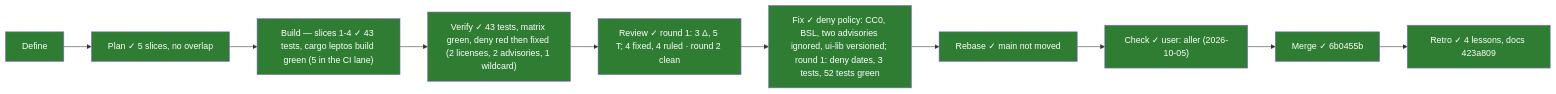
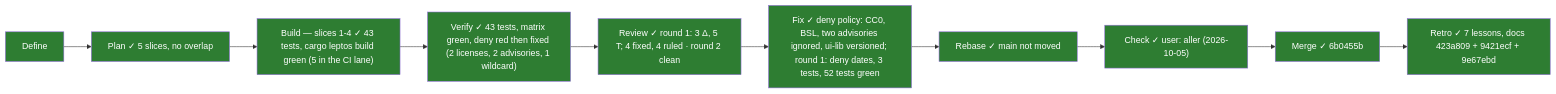
One commit to PaliCanon/learn-pali changed the first of 2 diagrams in .task/001-site-structure.md. Above: the diagram before and after it, drawn with Mermaid. The commit also changed other lines of this file, not shown here.

Commit message:
chore(task): 001 retro — one section for the two sessions' closures

````diff
--- a/.task/001-site-structure.md
+++ b/.task/001-site-structure.md
@@ -7,8 +7,8 @@
 ```mermaid
 flowchart LR
-  Define:::done --> Plan["Plan ✓ 5 slices, no overlap"]:::done --> Build["Build — slices 1-4 ✓ 43 tests, cargo leptos build green (5 in the CI lane)"]:::done --> Verify["Verify ✓ 43 tests, matrix green, deny red then fixed (2 licenses, 2 advisories, 1 wildcard)"]:::done --> Review["Review ✓ round 1: 3 Δ, 5 T; 4 fixed, 4 ruled · round 2 clean"]:::done --> Fix["Fix ✓ deny policy: CC0, BSL, two advisories ignored, ui-lib versioned; round 1: deny dates, 3 tests, 52 tests green"]:::done --> Rebase["Rebase ✓ main not moved"]:::done --> Check["Check ✓ user: aller (2026-10-05)"]:::done --> Merge["Merge ✓ 6b0455b"]:::done --> Retro["Retro ✓ 4 lessons, docs 423a809"]:::done
+  Define:::done --> Plan["Plan ✓ 5 slices, no overlap"]:::done --> Build["Build — slices 1-4 ✓ 43 tests, cargo leptos build green (5 in the CI lane)"]:::done --> Verify["Verify ✓ 43 tests, matrix green, deny red then fixed (2 licenses, 2 advisories, 1 wildcard)"]:::done --> Review["Review ✓ round 1: 3 Δ, 5 T; 4 fixed, 4 ruled · round 2 clean"]:::done --> Fix["Fix ✓ deny policy: CC0, BSL, two advisories ignored, ui-lib versioned; round 1: deny dates, 3 tests, 52 tests green"]:::done --> Rebase["Rebase ✓ main not moved"]:::done --> Check["Check ✓ user: aller (2026-10-05)"]:::done --> Merge["Merge ✓ 6b0455b"]:::done --> Retro["Retro ✓ 7 lessons, docs 423a809 + 9421ecf + 9e67ebd"]:::done
   classDef done fill:#2e7d32,color:#fff
   classDef doing fill:#f9a825,color:#000
   classDef todo fill:#9e9e9e,color:#fff
   classDef fail fill:#c62828,color:#fff
 ```
````
